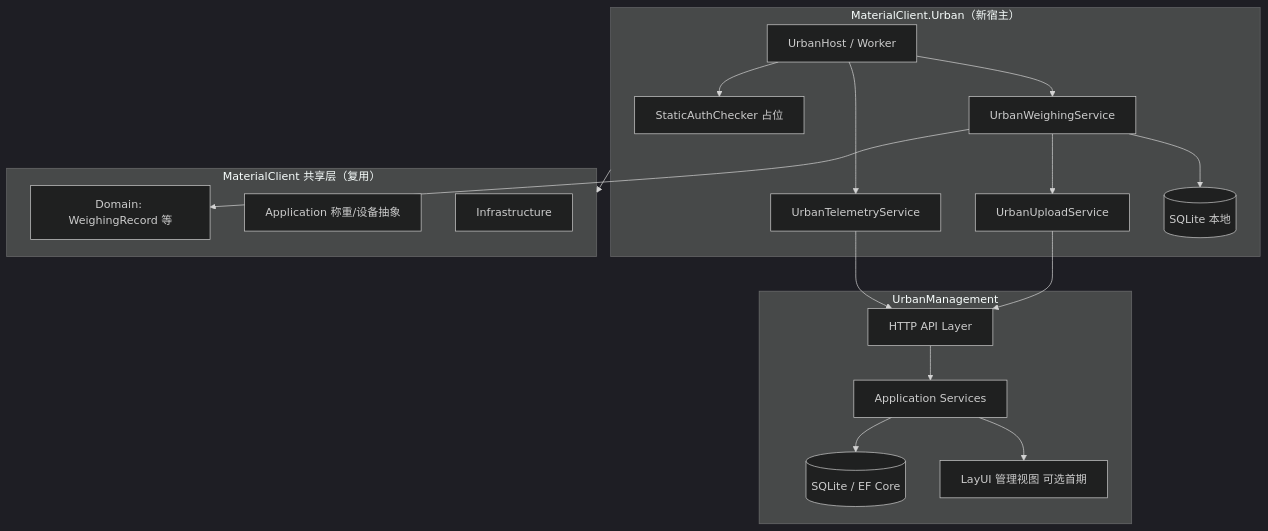
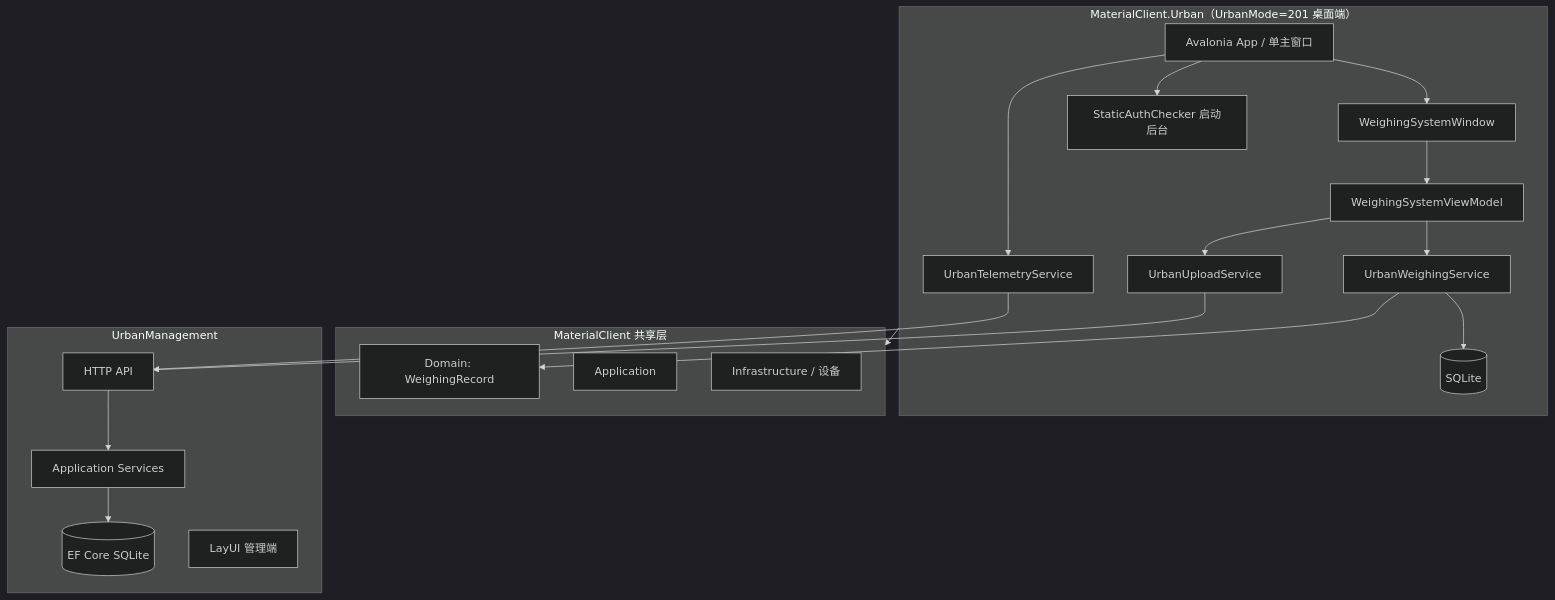
One commit to feewillowherb/MaterialMonospec changed the diagram in _bmad-output/planning-artifacts/materialclient-urban-epic/architecture.md. Above: the diagram before and after it, drawn with Mermaid (dark theme). The commit also changed other lines of this file and 14 other files, not shown here.

First line of the commit message:
docs(bmad): refine urban epic as Avalonia desktop client (v0.2)

````diff
--- a/_bmad-output/planning-artifacts/materialclient-urban-epic/architecture.md
+++ b/_bmad-output/planning-artifacts/materialclient-urban-epic/architecture.md
@@ -10,36 +10,39 @@
 ```mermaid
 flowchart TB
-  subgraph client["MaterialClient.Urban（新宿主）"]
-    Host[UrbanHost / Worker]
-    Auth[StaticAuthChecker 占位]
+  subgraph client["MaterialClient.Urban（UrbanMode=201 桌面端）"]
+    App[Avalonia App / 单主窗口]
+    MainWin[WeighingSystemWindow]
+    Auth[StaticAuthChecker 启动后台]
+    VM[WeighingSystemViewModel]
     Weigh[UrbanWeighingService]
     Upload[UrbanUploadService]
     Telemetry[UrbanTelemetryService]
-    LocalDB[(SQLite 本地)]
+    LocalDB[(SQLite)]
   end
 
-  subgraph shared["MaterialClient 共享层（复用）"]
-    Domain[Domain: WeighingRecord 等]
-    App[Application 称重/设备抽象]
-    Infra[Infrastructure]
+  subgraph shared["MaterialClient 共享层"]
+    Domain[Domain: WeighingRecord]
+    AppLayer[Application]
+    Infra[Infrastructure / 设备]
   end
 
   subgraph server["UrbanManagement"]
-    API[HTTP API Layer]
+    API[HTTP API]
     AppSrv[Application Services]
-    DB[(SQLite / EF Core)]
-    Admin[LayUI 管理视图 可选首期]
+    DB[(EF Core SQLite)]
+    Admin[LayUI 管理端]
   end
 
-  Host --> Auth
-  Host --> Weigh
+  App --> Auth
+  App --> MainWin
+  MainWin --> VM
+  VM --> Weigh
   Weigh --> Domain
   Weigh --> LocalDB
-  Weigh --> Upload
-  Host --> Telemetry
+  VM --> Upload
+  App --> Telemetry
   Upload --> API
   Telemetry --> API
   API --> AppSrv --> DB
-  AppSrv --> Admin
   client --> shared
 ```
````
